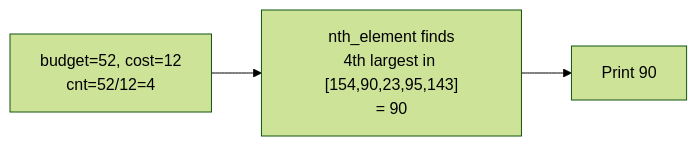
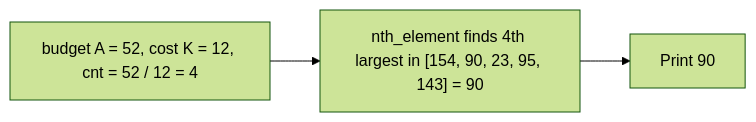
One commit to 2ru17/Project-Engram changed the diagram in content/Main Notes/3rd Year/Term 1/CSALGCM/Module 2 - Divide and Conquer/Problem Sets/[PS] Priestess Arcana Problems/06 - The Monkeys Paw.md. Above: the diagram before and after it, drawn with Mermaid (forest theme). The commit also changed other lines of this file and 84 other files, not shown here.

````diff
--- a/content/Main Notes/3rd Year/Term 1/CSALGCM/Module 2 - Divide and Conquer/Problem Sets/[PS] Priestess Arcana Problems/06 - The Monkeys Paw.md
+++ b/content/Main Notes/3rd Year/Term 1/CSALGCM/Module 2 - Divide and Conquer/Problem Sets/[PS] Priestess Arcana Problems/06 - The Monkeys Paw.md
@@ -124,5 +156,5 @@
 ```mermaid
 flowchart LR
-    BG["budget=52, cost=12\ncnt=52/12=4"] --> NTH
-    NTH["nth_element finds\n4th largest in [154,90,23,95,143]\n= 90"] --> OUT["Print 90 "]
+    BG["budget A = 52, cost K = 12, cnt = 52 / 12 = 4"] --> NTH["nth_element finds 4th largest in [154, 90, 23, 95, 143] = 90"]
+    NTH --> OUT["Print 90"]
 ```
````
